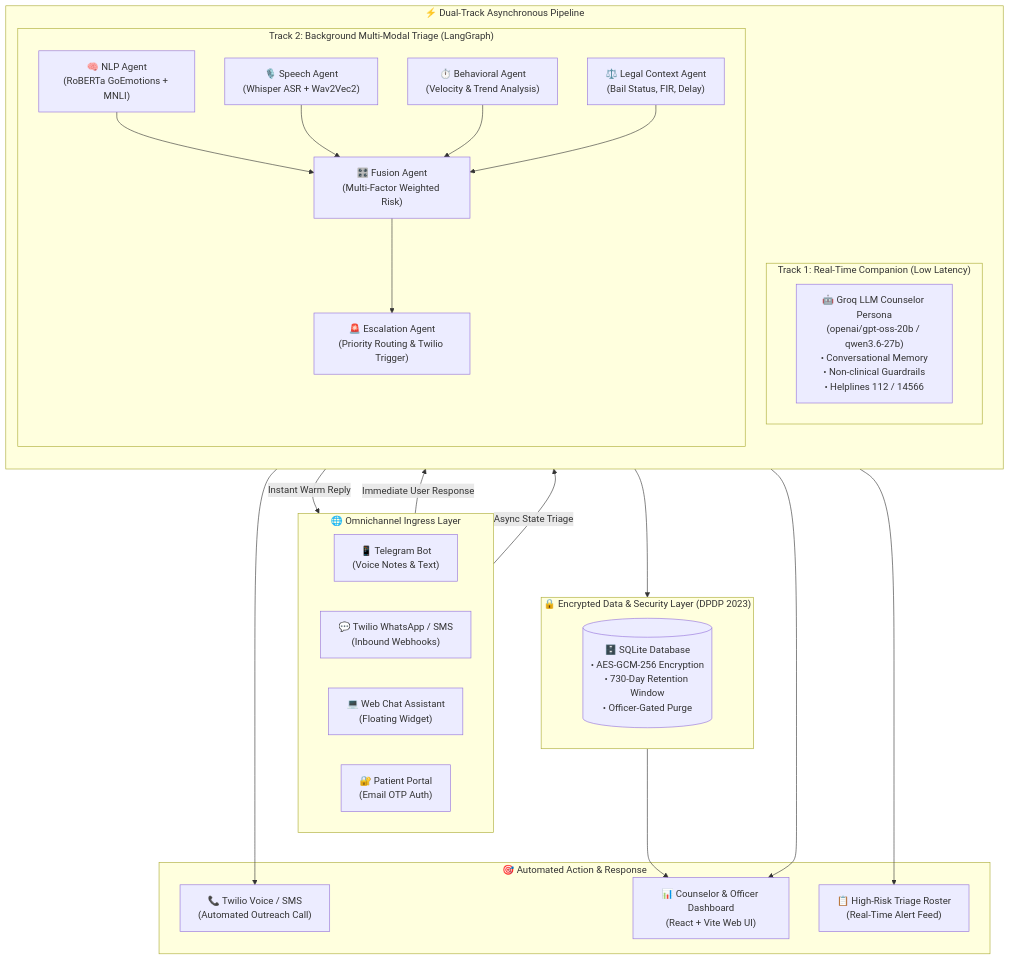
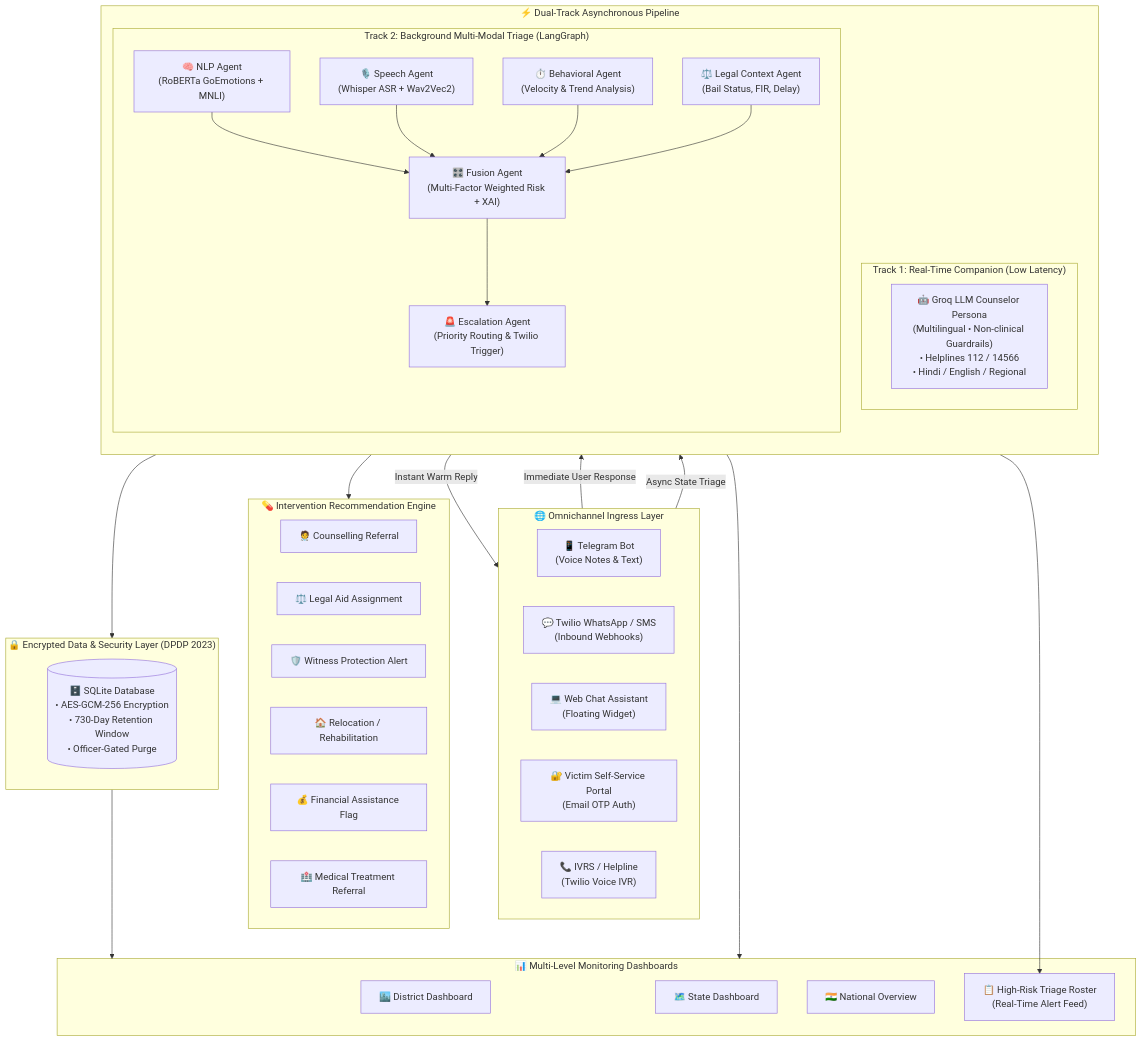
Before and after one commit to SIH-Developers/Nyaya-Sakhi: the first of 3 diagrams in README.md, drawn with Mermaid. The commit also changed other lines of this file and 3 other files, not shown here.

````diff
--- a/README.md
+++ b/README.md
@@ -51,50 +96,61 @@
 ```mermaid
 flowchart TB
     subgraph INGRESS["🌐 Omnichannel Ingress Layer"]
         TG["📱 Telegram Bot<br/>(Voice Notes & Text)"]
         WA["💬 Twilio WhatsApp / SMS<br/>(Inbound Webhooks)"]
         WEB["💻 Web Chat Assistant<br/>(Floating Widget)"]
-        PORTAL["🔐 Patient Portal<br/>(Email OTP Auth)"]
+        PORTAL["🔐 Victim Self-Service Portal<br/>(Email OTP Auth)"]
+        IVRS["📞 IVRS / Helpline<br/>(Twilio Voice IVR)"]
     end
 
     subgraph DUAL_TRACK["⚡ Dual-Track Asynchronous Pipeline"]
         direction TB
         subgraph TRACK1["Track 1: Real-Time Companion (Low Latency)"]
-            GROQ["🤖 Groq LLM Counselor Persona<br/>(openai/gpt-oss-20b / qwen3.6-27b)<br/>• Conversational Memory<br/>• Non-clinical Guardrails<br/>• Helplines 112 / 14566"]
+            GROQ["🤖 Groq LLM Counselor Persona<br/>(Multilingual • Non-clinical Guardrails)<br/>• Helplines 112 / 14566<br/>• Hindi / English / Regional"]
         end
 
         subgraph TRACK2["Track 2: Background Multi-Modal Triage (LangGraph)"]
             AG_NLP["🧠 NLP Agent<br/>(RoBERTa GoEmotions + MNLI)"]
             AG_SPEECH["🎙️ Speech Agent<br/>(Whisper ASR + Wav2Vec2)"]
             AG_BEH["⏱️ Behavioral Agent<br/>(Velocity & Trend Analysis)"]
             AG_CTX["⚖️ Legal Context Agent<br/>(Bail Status, FIR, Delay)"]
-            AG_FUSION["🎛️ Fusion Agent<br/>(Multi-Factor Weighted Risk)"]
+            AG_FUSION["🎛️ Fusion Agent<br/>(Multi-Factor Weighted Risk + XAI)"]
             AG_ESC["🚨 Escalation Agent<br/>(Priority Routing & Twilio Trigger)"]
 
             AG_NLP --> AG_FUSION
             AG_SPEECH --> AG_FUSION
             AG_BEH --> AG_FUSION
             AG_CTX --> AG_FUSION
             AG_FUSION --> AG_ESC
         end
     end
 
+    subgraph INTERVENTION["💊 Intervention Recommendation Engine"]
+        INT_COUNSEL["🧑‍⚕️ Counselling Referral"]
+        INT_LEGAL["⚖️ Legal Aid Assignment"]
+        INT_PROTECT["🛡️ Witness Protection Alert"]
+        INT_REHAB["🏠 Relocation / Rehabilitation"]
+        INT_FIN["💰 Financial Assistance Flag"]
+        INT_MED["🏥 Medical Treatment Referral"]
+    end
+
     subgraph STORAGE["🔒 Encrypted Data & Security Layer (DPDP 2023)"]
         DB[("🗄️ SQLite Database<br/>• AES-GCM-256 Encryption<br/>• 730-Day Retention Window<br/>• Officer-Gated Purge")]
     end
 
-    subgraph OUTCOMES["🎯 Automated Action & Response"]
-        CALLS["📞 Twilio Voice / SMS<br/>(Automated Outreach Call)"]
-        DASH["📊 Counselor & Officer Dashboard<br/>(React + Vite Web UI)"]
+    subgraph DASHBOARDS["📊 Multi-Level Monitoring Dashboards"]
+        DIST["🏙️ District Dashboard"]
+        STATE["🗺️ State Dashboard"]
+        NATL["🇮🇳 National Overview"]
         ROSTER["📋 High-Risk Triage Roster<br/>(Real-Time Alert Feed)"]
     end
 
     INGRESS -->|Immediate User Response| TRACK1
     INGRESS -->|Async State Triage| TRACK2
     TRACK1 -->|Instant Warm Reply| INGRESS
     TRACK2 --> STORAGE
-    TRACK2 --> CALLS
-    STORAGE --> DASH
+    TRACK2 --> INTERVENTION
     AG_ESC --> ROSTER
-    AG_ESC --> DASH
+    STORAGE --> DASHBOARDS
+    AG_ESC --> DASHBOARDS
 ```
````
